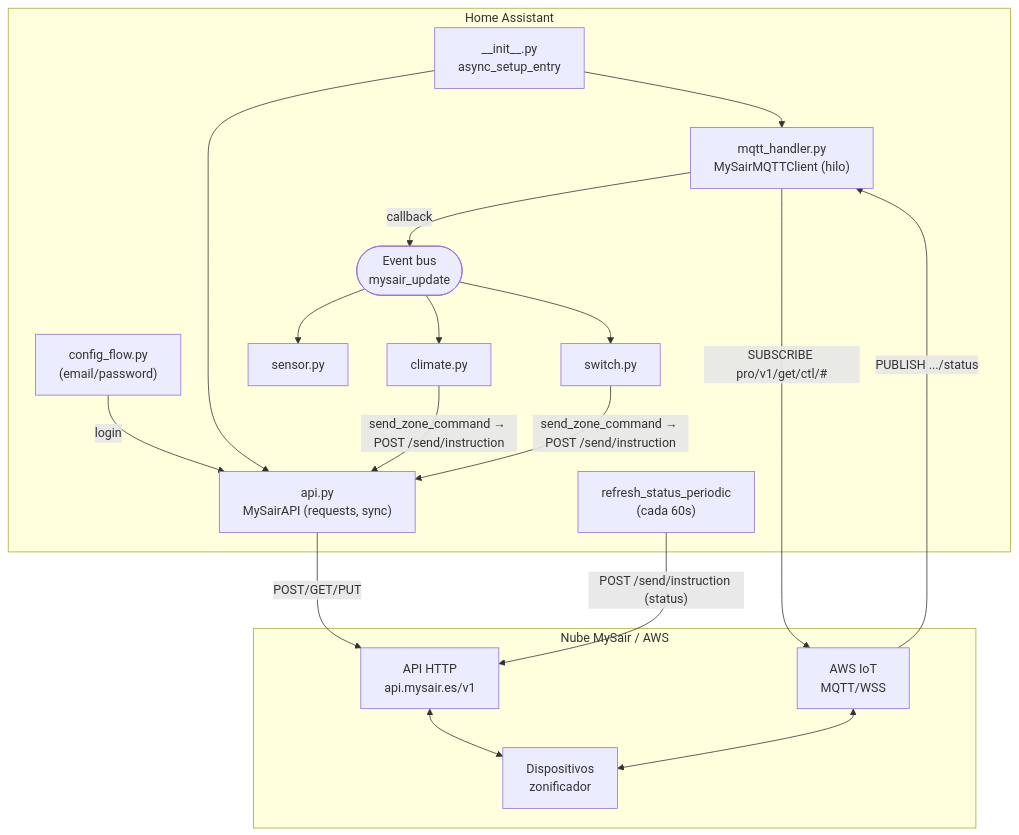
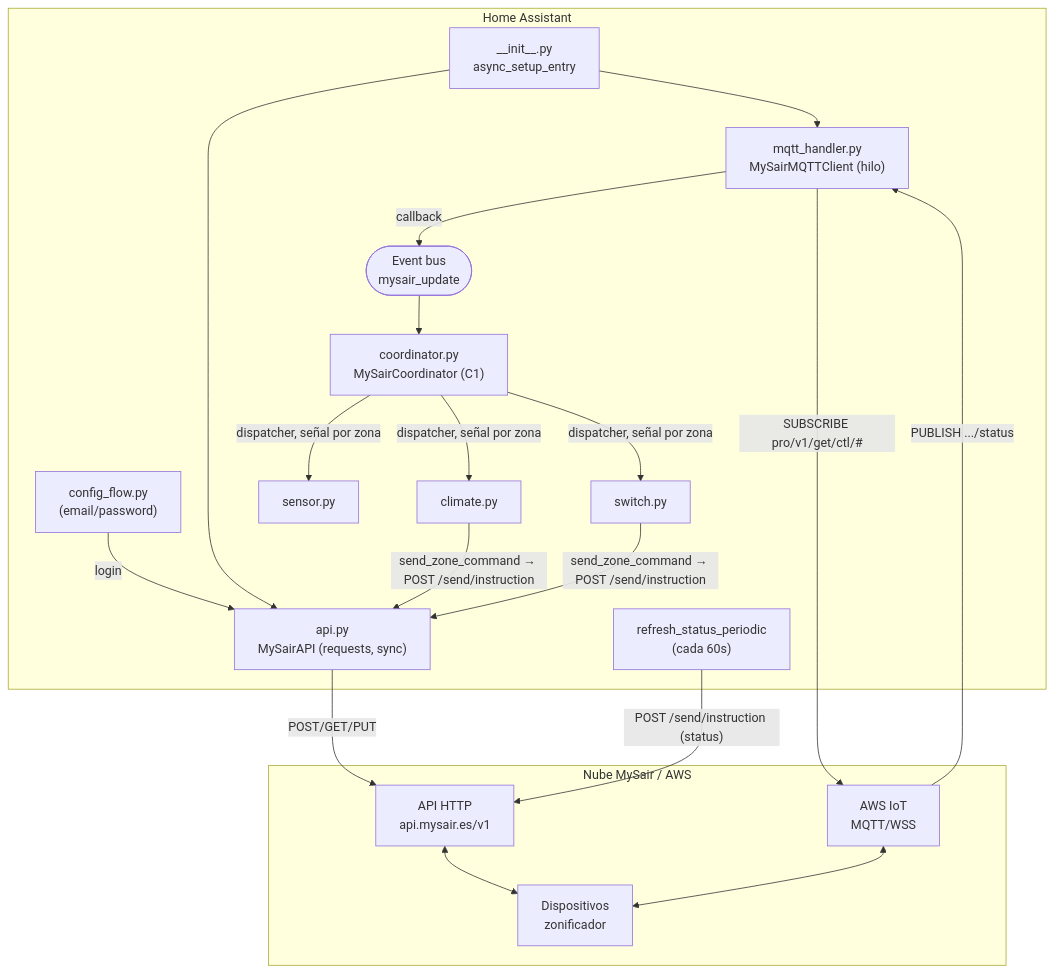
The first of 7 diagrams in docs/architecture.md (jclgranados/homeassistant-mysair), drawn with Mermaid before and after one commit. The commit also changed other lines of this file and 11 other files, not shown here.

First line of the commit message:
refactor: coordinador central de estado por zona (C1)

````diff
--- a/docs/architecture.md
+++ b/docs/architecture.md
@@ -93,33 +94,35 @@
 ```mermaid
 flowchart TB
     subgraph HA["Home Assistant"]
         CF["config_flow.py<br/>(email/password)"]
         INIT["__init__.py<br/>async_setup_entry"]
         API["api.py<br/>MySairAPI (requests, sync)"]
         MQTT["mqtt_handler.py<br/>MySairMQTTClient (hilo)"]
         BUS(["Event bus<br/>mysair_update"])
+        COORD["coordinator.py<br/>MySairCoordinator (C1)"]
         CL["climate.py"]
         SE["sensor.py"]
         SW["switch.py"]
         REF["refresh_status_periodic<br/>(cada 60s)"]
     end
 
     subgraph CLOUD["Nube MySair / AWS"]
         HTTP["API HTTP<br/>api.mysair.es/v1"]
         IOT["AWS IoT<br/>MQTT/WSS"]
         DEV["Dispositivos<br/>zonificador"]
     end
 
     CF -->|login| API
     INIT --> API
     INIT --> MQTT
     API -->|"POST/GET/PUT"| HTTP
     MQTT -->|"SUBSCRIBE pro/v1/get/ctl/#"| IOT
     HTTP <--> DEV
     IOT <--> DEV
     IOT -->|"PUBLISH .../status"| MQTT
     MQTT -->|callback| BUS
     REF -->|"POST /send/instruction (status)"| HTTP
-    BUS --> CL & SE & SW
+    BUS --> COORD
+    COORD -->|"dispatcher, señal por zona"| CL & SE & SW
     CL & SW -->|"send_zone_command → POST /send/instruction"| API
 ```
````
